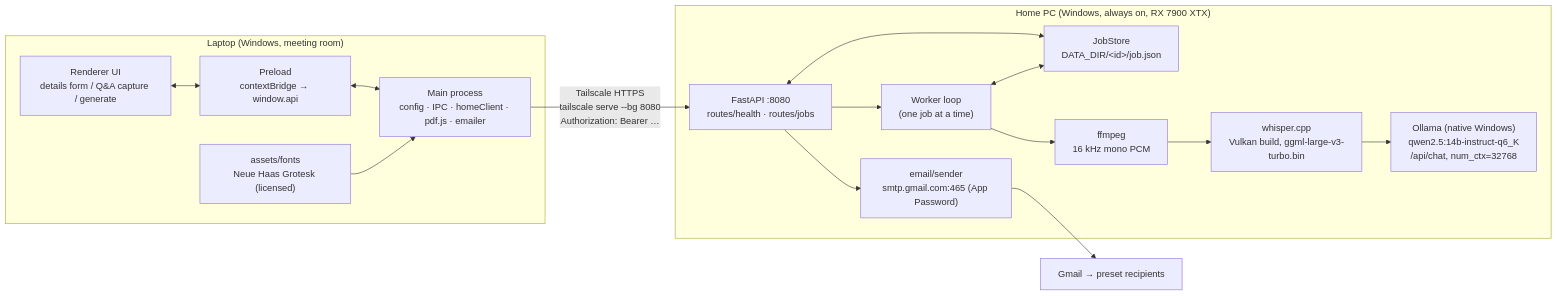
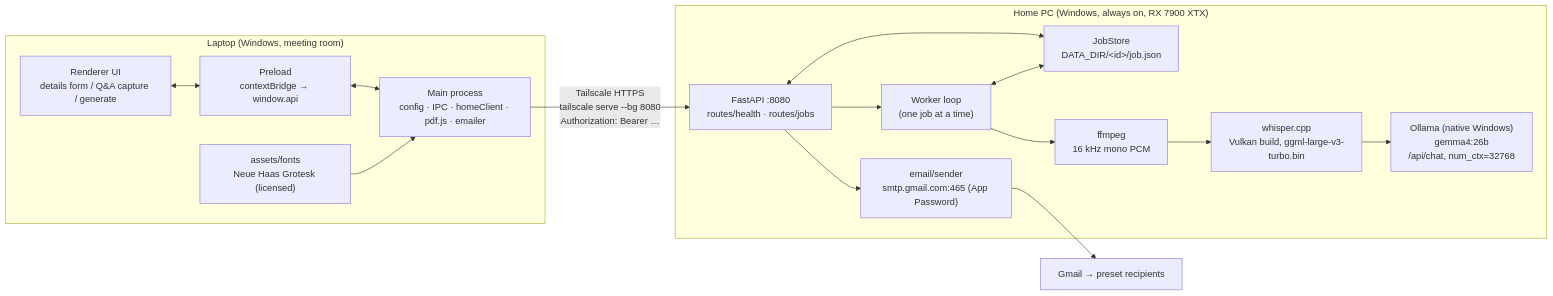
One commit to kaiharimoto/Meeting-Master changed the first of 2 diagrams in docs/ARCHITECTURE.md. Above: the diagram before and after it, drawn with Mermaid. The commit also changed other lines of this file and 22 other files, not shown here.

````diff
--- a/docs/ARCHITECTURE.md
+++ b/docs/ARCHITECTURE.md
@@ -11,28 +11,28 @@
 ```mermaid
 flowchart LR
     subgraph Laptop["Laptop (Windows, meeting room)"]
         R["Renderer UI<br/>details form / Q&A capture / generate"]
         P["Preload<br/>contextBridge → window.api"]
         M["Main process<br/>config · IPC · homeClient · pdf.js · emailer"]
         F["assets/fonts<br/>Neue Haas Grotesk (licensed)"]
         R <--> P <--> M
         F --> M
     end
 
     subgraph HomePC["Home PC (Windows, always on, RX 7900 XTX)"]
         A["FastAPI :8080<br/>routes/health · routes/jobs"]
         W["Worker loop<br/>(one job at a time)"]
         S["JobStore<br/>DATA_DIR/&lt;id&gt;/job.json"]
         FF["ffmpeg<br/>16 kHz mono PCM"]
         WC["whisper.cpp<br/>Vulkan build, ggml-large-v3-turbo.bin"]
-        OL["Ollama (native Windows)<br/>qwen2.5:14b-instruct-q6_K<br/>/api/chat, num_ctx=32768"]
+        OL["Ollama (native Windows)<br/>gemma4:26b<br/>/api/chat, num_ctx=32768"]
         SM["email/sender<br/>smtp.gmail.com:465 (App Password)"]
         A --> W --> FF --> WC --> OL
         A <--> S
         W <--> S
         A --> SM
     end
 
     M -- "Tailscale HTTPS<br/>tailscale serve --bg 8080<br/>Authorization: Bearer …" --> A
     SM --> G["Gmail → preset recipients"]
 ```
````
